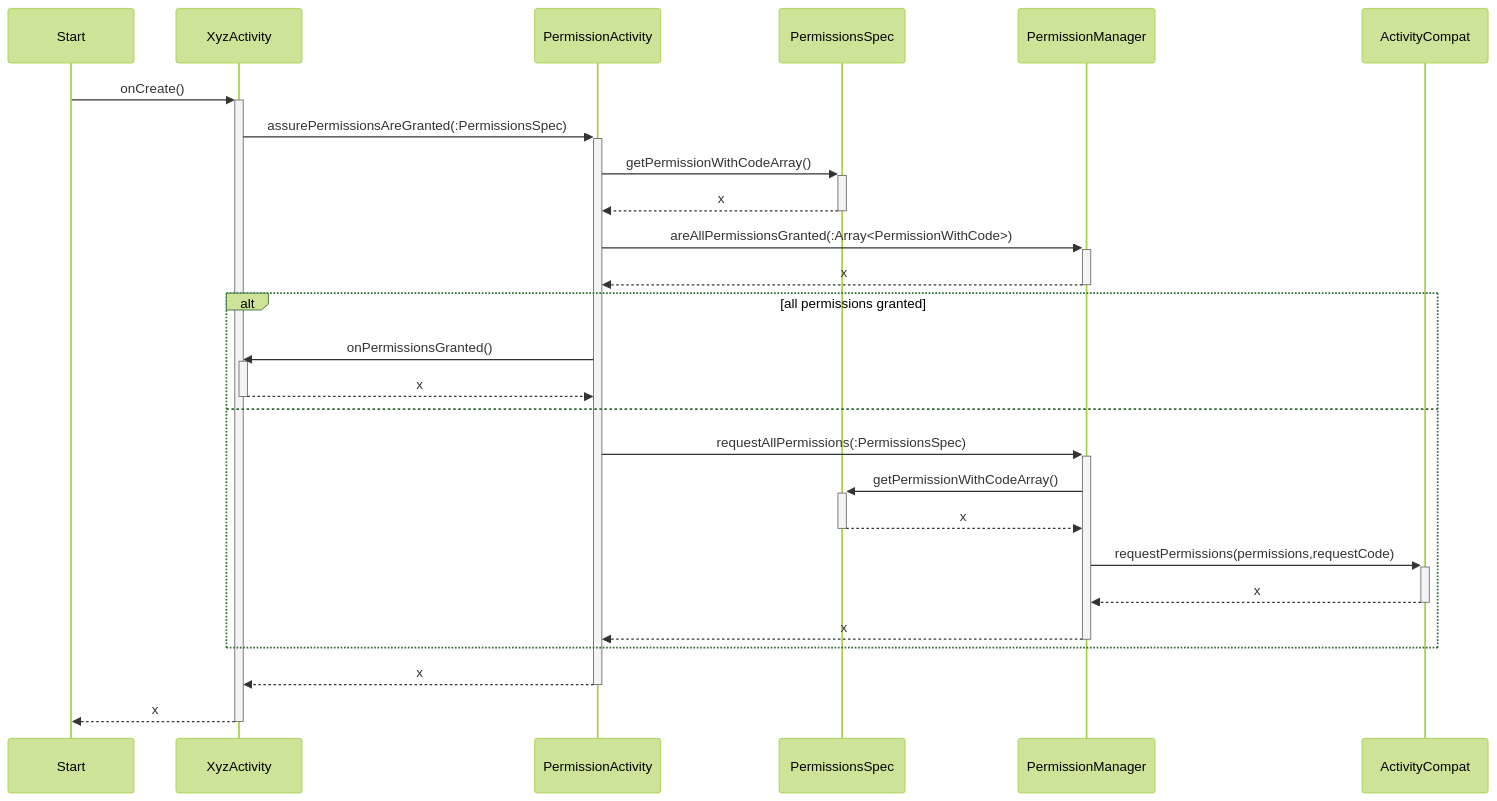
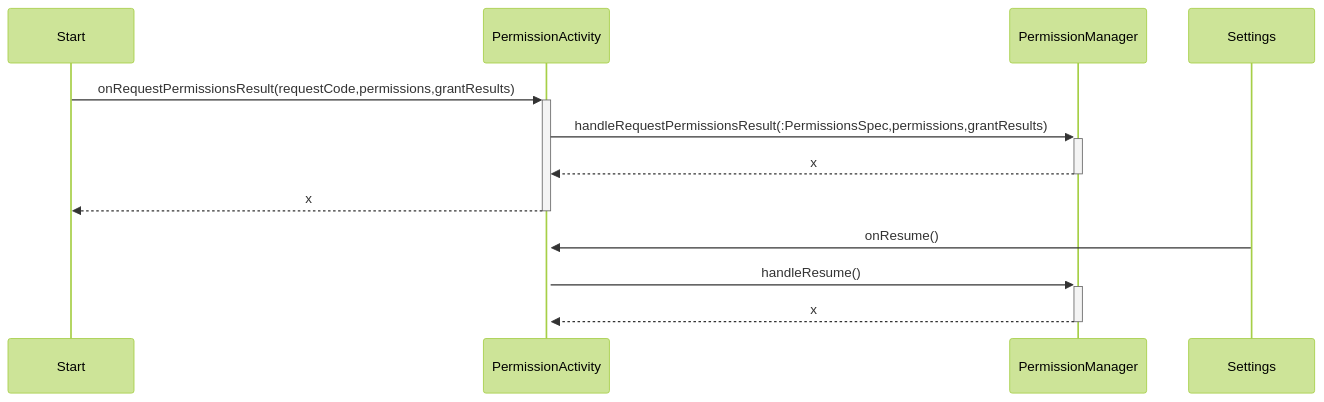
One commit to mjureczko/maly-poszukiwacz-skarbow changed the diagram in development.mmd. Above: the diagram before and after it, drawn with Mermaid (forest theme).

```diff
--- a/development.mmd
+++ b/development.mmd
@@ -1,20 +1,8 @@
 sequenceDiagram
-    Start ->>+ XyzActivity: onCreate()
-    XyzActivity ->>+ PermissionActivity: assurePermissionsAreGranted(:PermissionsSpec)
-    PermissionActivity ->>+ PermissionsSpec: getPermissionWithCodeArray()
-    PermissionsSpec -->>- PermissionActivity: x
-    PermissionActivity ->>+ PermissionManager: areAllPermissionsGranted(:Array<PermissionWithCode>)
+    Start ->>+ PermissionActivity: onRequestPermissionsResult(requestCode,permissions,grantResults)
+    PermissionActivity ->>+ PermissionManager: handleRequestPermissionsResult(:PermissionsSpec,permissions,grantResults)
     PermissionManager -->>- PermissionActivity: x
-    alt all permissions granted
-        PermissionActivity ->>+ XyzActivity: onPermissionsGranted()
-        XyzActivity -->>- PermissionActivity: x
-    else
-        PermissionActivity ->>+ PermissionManager: requestAllPermissions(:PermissionsSpec)
-        PermissionManager ->>+ PermissionsSpec: getPermissionWithCodeArray()
-        PermissionsSpec -->>- PermissionManager: x
-        PermissionManager ->>+ ActivityCompat: requestPermissions(permissions,requestCode)
-        ActivityCompat -->>- PermissionManager: x
-        PermissionManager -->>- PermissionActivity: x
-    end
-    PermissionActivity -->>- XyzActivity: x
-    XyzActivity -->>- Start: x
+    PermissionActivity -->>- Start: x
+    Settings ->>+ PermissionActivity: onResume()
+    PermissionActivity ->>+ PermissionManager: handleResume()
+    PermissionManager -->>- PermissionActivity: x
```
